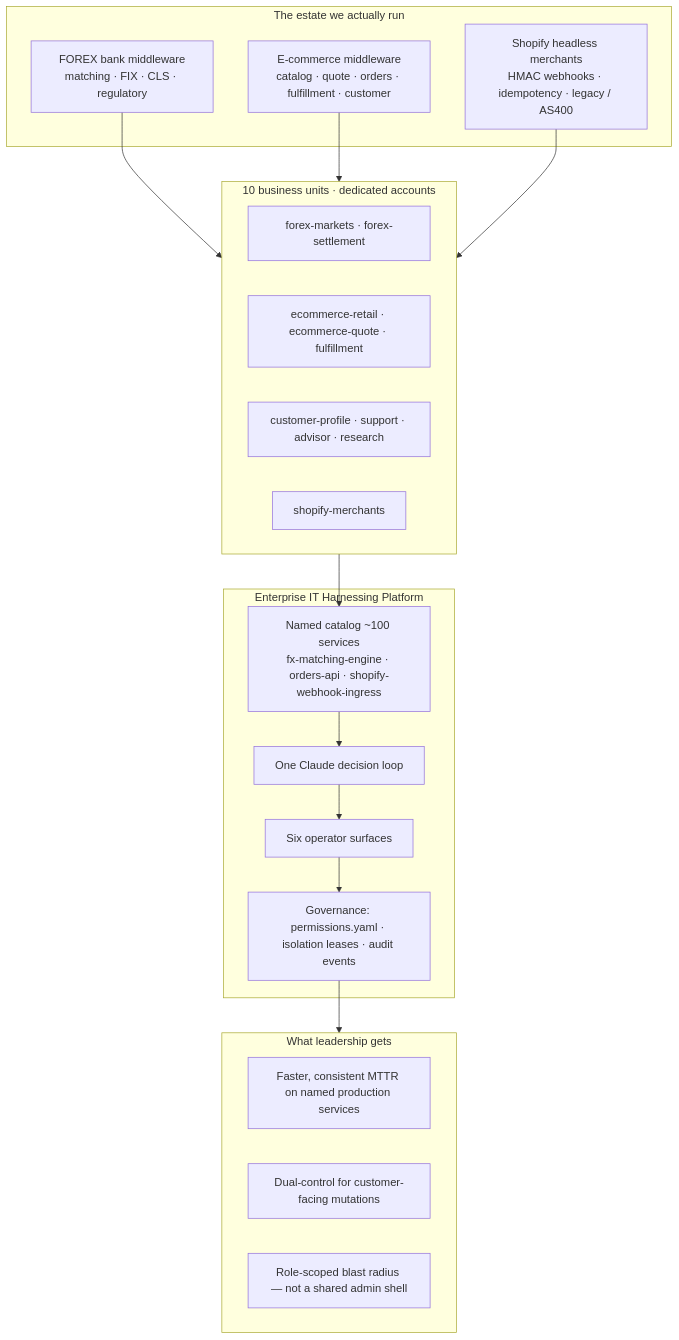
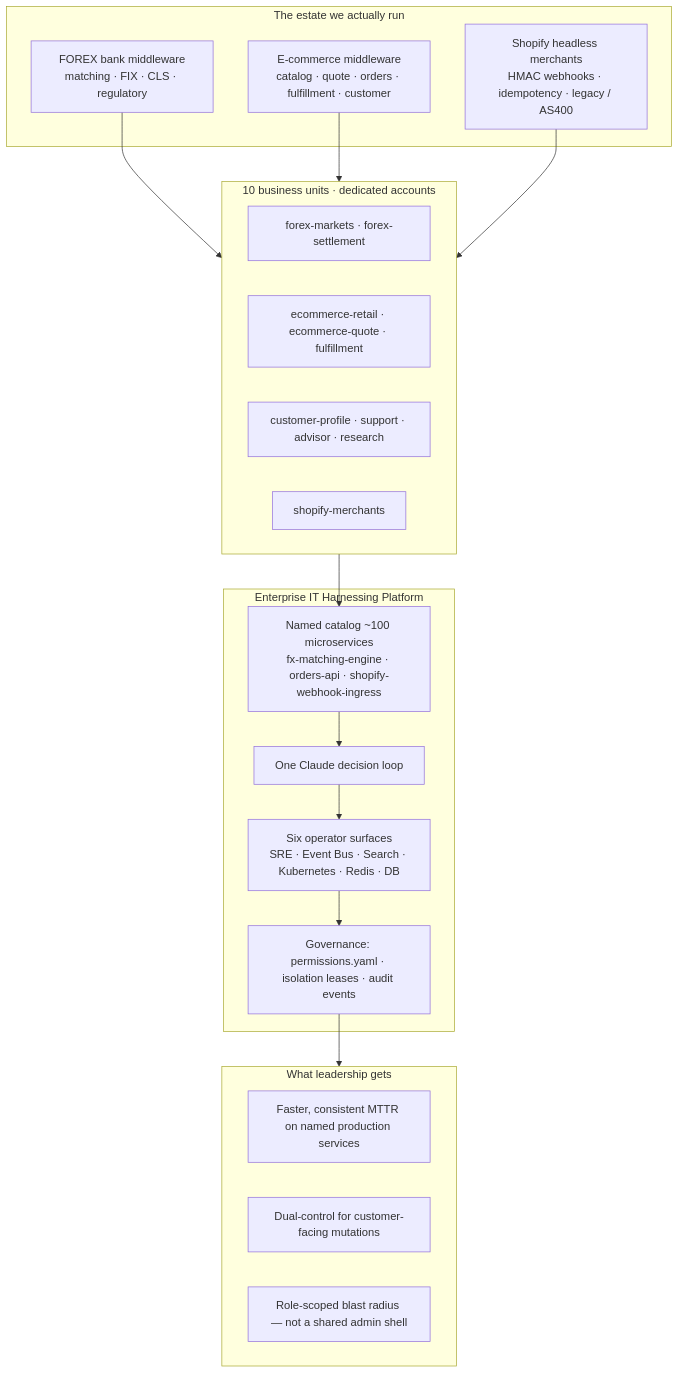
The first of 5 diagrams in README.md (javakishore-veleti/claude-code-enterprise-it-harnessing), drawn with Mermaid before and after one commit. The commit also changed other lines of this file and 1 other file, not shown here.

Commit message:
Name the six operator surfaces and call the catalog microservices.
Keep the strategic diagram aligned with SRE, Event Bus, Search, Kubernetes, Redis, and DB.

````diff
--- a/README.md
+++ b/README.md
@@ -41,37 +41,37 @@
 ```mermaid
 flowchart TB
   subgraph Outcomes["What leadership gets"]
     O1["Faster, consistent MTTR on named production services"]
     O2["Dual-control for customer-facing mutations"]
     O3["Role-scoped blast radius — not a shared admin shell"]
   end
 
   subgraph Estate["The estate we actually run"]
     FX["FOREX bank middleware<br/>matching · FIX · CLS · regulatory"]
     EC["E-commerce middleware<br/>catalog · quote · orders · fulfillment · customer"]
     SH["Shopify headless merchants<br/>HMAC webhooks · idempotency · legacy / AS400"]
   end
 
   subgraph Units["10 business units · dedicated accounts"]
     U1["forex-markets · forex-settlement"]
     U2["ecommerce-retail · ecommerce-quote · fulfillment"]
     U3["customer-profile · support · advisor · research"]
     U4["shopify-merchants"]
   end
 
   subgraph Platform["Enterprise IT Harnessing Platform"]
     Model["One Claude decision loop"]
-    Catalog["Named catalog ~100 services<br/>fx-matching-engine · orders-api · shopify-webhook-ingress"]
-    Profiles["Six operator surfaces"]
+    Catalog["Named catalog ~100 microservices<br/>fx-matching-engine · orders-api · shopify-webhook-ingress"]
+    Profiles["Six operator surfaces<br/>SRE · Event Bus · Search · Kubernetes · Redis · DB"]
     Gov["Governance: permissions.yaml · isolation leases · audit events"]
   end
 
   FX --> Units
   EC --> Units
   SH --> Units
   Units --> Catalog
   Catalog --> Model
   Model --> Profiles
   Profiles --> Gov
   Gov --> Outcomes
 ```
````
